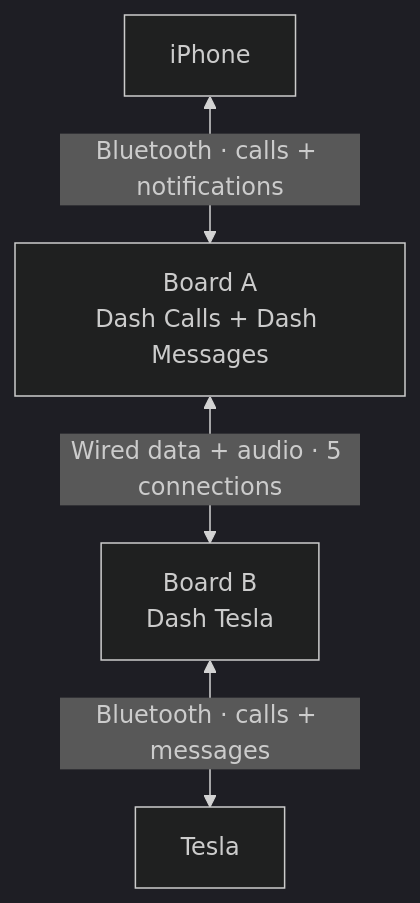
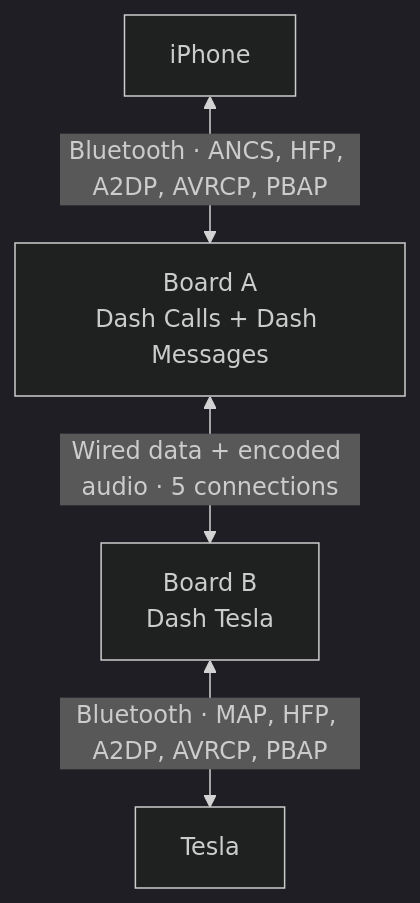
The diagram in README.md (thomasgregg/DashBridge), drawn with Mermaid (dark theme) before and after one commit. The commit also changed other lines of this file and 69 other files, not shown here.

````diff
--- a/README.md
+++ b/README.md
@@ -44,11 +44,11 @@
 ```mermaid
 flowchart TB
     phone["iPhone"]
     receiver["Board A<br/>Dash Calls + Dash Messages"]
     gateway["Board B<br/>Dash Tesla"]
     car["Tesla"]
 
-    phone <-->|"Bluetooth · calls + notifications"| receiver
-    receiver <-->|"Wired data + audio · 5 connections"| gateway
-    gateway <-->|"Bluetooth · calls + messages"| car
+    phone <-->|"Bluetooth · ANCS, HFP, A2DP, AVRCP, PBAP"| receiver
+    receiver <-->|"Wired data + encoded audio · 5 connections"| gateway
+    gateway <-->|"Bluetooth · MAP, HFP, A2DP, AVRCP, PBAP"| car
 ```
````
